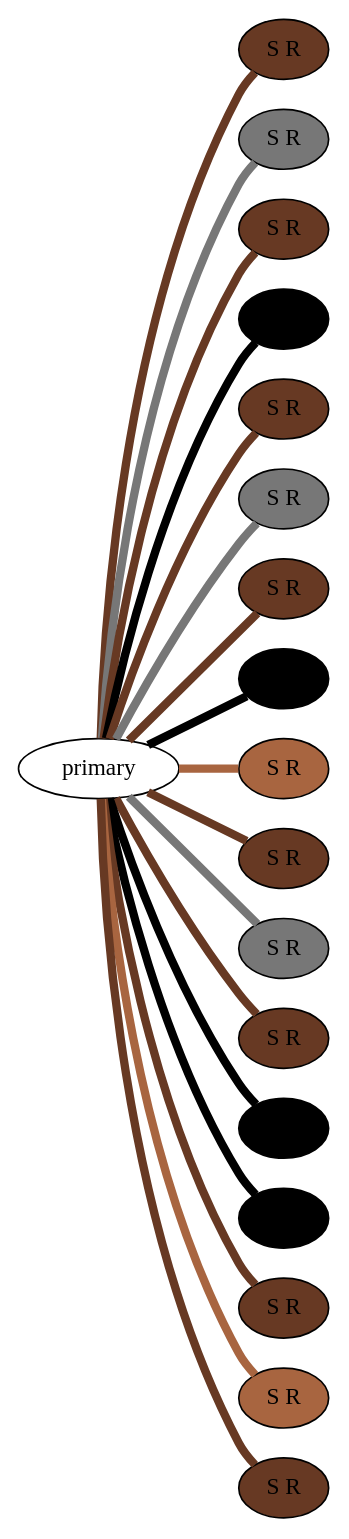
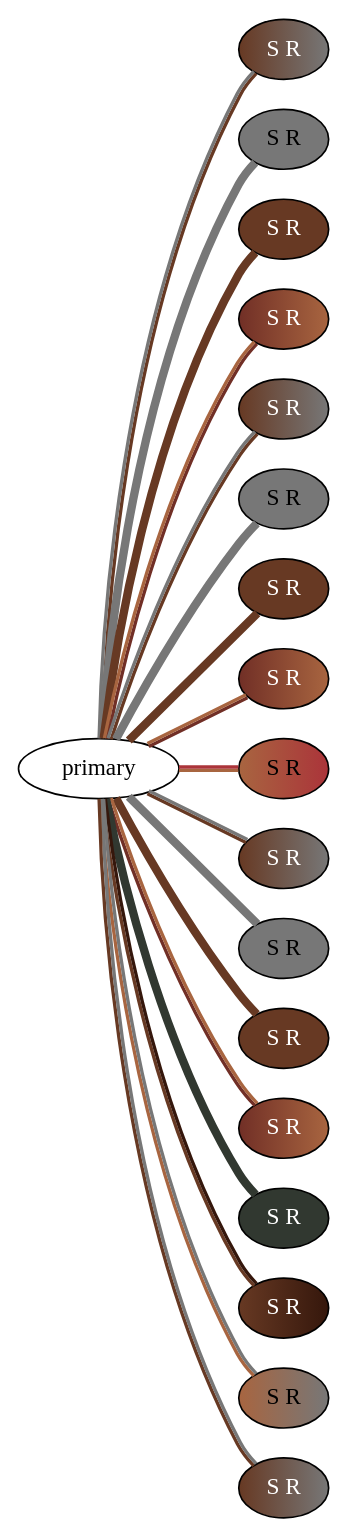
The diagram in data/more/dot/HP026.xls.dot (nebogeo/coding-with-knots), drawn with Graphviz before and after one commit. The commit also changed 40 other files, not shown here.

```diff
--- a/data/more/dot/HP026.xls.dot
+++ b/data/more/dot/HP026.xls.dot
@@ -1,37 +1,37 @@
 graph {
  graph [rankdir=LR]
-"1" [qtype="pendant_node", pendant_colors="#673923,#777777", pendant_ply="S", pendant_attach="R", pendant_length="41", label="S R", style=filled, fillcolor="#673923"]
-"primary" -- "1" [qtype="pendant_link",penwidth=5,color="#673923"]
-"2" [qtype="pendant_node", pendant_colors="#777777", pendant_ply="S", pendant_attach="R", pendant_length="33", label="S R", style=filled, fillcolor="#777777"]
+"1" [qtype="pendant_node", pendant_colors="#673923:#777777", pendant_ply="S", pendant_attach="R", pendant_length="41.0", label="S R", style=filled, fillcolor="#673923:#777777", fontcolor="#ffffff"]
+"primary" -- "1" [qtype="pendant_link",penwidth=2,color="#673923:#777777"]
+"2" [qtype="pendant_node", pendant_colors="#777777", pendant_ply="S", pendant_attach="R", pendant_length="33.0", label="S R", style=filled, fillcolor="#777777", fontcolor="#000000"]
 "primary" -- "2" [qtype="pendant_link",penwidth=5,color="#777777"]
-"3" [qtype="pendant_node", pendant_colors="#673923", pendant_ply="S", pendant_attach="R", pendant_length="14", label="S R", style=filled, fillcolor="#673923"]
+"3" [qtype="pendant_node", pendant_colors="#673923", pendant_ply="S", pendant_attach="R", pendant_length="14.0", label="S R", style=filled, fillcolor="#673923", fontcolor="#ffffff"]
 "primary" -- "3" [qtype="pendant_link",penwidth=5,color="#673923"]
-"4" [qtype="pendant_node", pendant_colors="#000000,#A86540", pendant_ply="S", pendant_attach="R", pendant_length="48", label="S R", style=filled, fillcolor="#000000"]
-"primary" -- "4" [qtype="pendant_link",penwidth=5,color="#000000"]
-"5" [qtype="pendant_node", pendant_colors="#673923,#777777", pendant_ply="S", pendant_attach="R", pendant_length="39", label="S R", style=filled, fillcolor="#673923"]
-"primary" -- "5" [qtype="pendant_link",penwidth=5,color="#673923"]
-"6" [qtype="pendant_node", pendant_colors="#777777", pendant_ply="S", pendant_attach="R", pendant_length="33", label="S R", style=filled, fillcolor="#777777"]
+"4" [qtype="pendant_node", pendant_colors="#712F26:#A86540", pendant_ply="S", pendant_attach="R", pendant_length="48.0", label="S R", style=filled, fillcolor="#712F26:#A86540", fontcolor="#ffffff"]
+"primary" -- "4" [qtype="pendant_link",penwidth=2,color="#712F26:#A86540"]
+"5" [qtype="pendant_node", pendant_colors="#673923:#777777", pendant_ply="S", pendant_attach="R", pendant_length="39.0", label="S R", style=filled, fillcolor="#673923:#777777", fontcolor="#ffffff"]
+"primary" -- "5" [qtype="pendant_link",penwidth=2,color="#673923:#777777"]
+"6" [qtype="pendant_node", pendant_colors="#777777", pendant_ply="S", pendant_attach="R", pendant_length="33.0", label="S R", style=filled, fillcolor="#777777", fontcolor="#000000"]
 "primary" -- "6" [qtype="pendant_link",penwidth=5,color="#777777"]
-"7" [qtype="pendant_node", pendant_colors="#673923", pendant_ply="S", pendant_attach="R", pendant_length="32", label="S R", style=filled, fillcolor="#673923"]
+"7" [qtype="pendant_node", pendant_colors="#673923", pendant_ply="S", pendant_attach="R", pendant_length="32.0", label="S R", style=filled, fillcolor="#673923", fontcolor="#ffffff"]
 "primary" -- "7" [qtype="pendant_link",penwidth=5,color="#673923"]
-"8" [qtype="pendant_node", pendant_colors="#000000,#A86540", pendant_ply="S", pendant_attach="R", pendant_length="38", label="S R", style=filled, fillcolor="#000000"]
-"primary" -- "8" [qtype="pendant_link",penwidth=5,color="#000000"]
-"9" [qtype="pendant_node", pendant_colors="#A86540,#AB343A", pendant_ply="S", pendant_attach="R", pendant_length="42", label="S R", style=filled, fillcolor="#A86540"]
-"primary" -- "9" [qtype="pendant_link",penwidth=5,color="#A86540"]
-"10" [qtype="pendant_node", pendant_colors="#673923,#777777", pendant_ply="S", pendant_attach="R", pendant_length="38", label="S R", style=filled, fillcolor="#673923"]
-"primary" -- "10" [qtype="pendant_link",penwidth=5,color="#673923"]
-"11" [qtype="pendant_node", pendant_colors="#777777", pendant_ply="S", pendant_attach="R", pendant_length="41", label="S R", style=filled, fillcolor="#777777"]
+"8" [qtype="pendant_node", pendant_colors="#712F26:#A86540", pendant_ply="S", pendant_attach="R", pendant_length="38.0", label="S R", style=filled, fillcolor="#712F26:#A86540", fontcolor="#ffffff"]
+"primary" -- "8" [qtype="pendant_link",penwidth=2,color="#712F26:#A86540"]
+"9" [qtype="pendant_node", pendant_colors="#A86540:#AB343A", pendant_ply="S", pendant_attach="R", pendant_length="42.0", label="S R", style=filled, fillcolor="#A86540:#AB343A", fontcolor="#000000"]
+"primary" -- "9" [qtype="pendant_link",penwidth=2,color="#A86540:#AB343A"]
+"10" [qtype="pendant_node", pendant_colors="#673923:#777777", pendant_ply="S", pendant_attach="R", pendant_length="38.0", label="S R", style=filled, fillcolor="#673923:#777777", fontcolor="#ffffff"]
+"primary" -- "10" [qtype="pendant_link",penwidth=2,color="#673923:#777777"]
+"11" [qtype="pendant_node", pendant_colors="#777777", pendant_ply="S", pendant_attach="R", pendant_length="41.0", label="S R", style=filled, fillcolor="#777777", fontcolor="#000000"]
 "primary" -- "11" [qtype="pendant_link",penwidth=5,color="#777777"]
-"12" [qtype="pendant_node", pendant_colors="#673923", pendant_ply="S", pendant_attach="R", pendant_length="23", label="S R", style=filled, fillcolor="#673923"]
+"12" [qtype="pendant_node", pendant_colors="#673923", pendant_ply="S", pendant_attach="R", pendant_length="23.0", label="S R", style=filled, fillcolor="#673923", fontcolor="#ffffff"]
 "primary" -- "12" [qtype="pendant_link",penwidth=5,color="#673923"]
-"13" [qtype="pendant_node", pendant_colors="#000000,#A86540", pendant_ply="S", pendant_attach="R", pendant_length="46", label="S R", style=filled, fillcolor="#000000"]
-"primary" -- "13" [qtype="pendant_link",penwidth=5,color="#000000"]
-"14" [qtype="pendant_node", pendant_colors="#000000", pendant_ply="S", pendant_attach="R", pendant_length="43", label="S R", style=filled, fillcolor="#000000"]
-"primary" -- "14" [qtype="pendant_link",penwidth=5,color="#000000"]
-"15" [qtype="pendant_node", pendant_colors="#673923,#35170C", pendant_ply="S", pendant_attach="R", pendant_length="51", label="S R", style=filled, fillcolor="#673923"]
-"primary" -- "15" [qtype="pendant_link",penwidth=5,color="#673923"]
-"16" [qtype="pendant_node", pendant_colors="#A86540,#777777", pendant_ply="S", pendant_attach="R", pendant_length="10", label="S R", style=filled, fillcolor="#A86540"]
-"primary" -- "16" [qtype="pendant_link",penwidth=5,color="#A86540"]
-"17" [qtype="pendant_node", pendant_colors="#673923,#777777", pendant_ply="S", pendant_attach="R", pendant_length="3", label="S R", style=filled, fillcolor="#673923"]
-"primary" -- "17" [qtype="pendant_link",penwidth=5,color="#673923"]
+"13" [qtype="pendant_node", pendant_colors="#712F26:#A86540", pendant_ply="S", pendant_attach="R", pendant_length="46.0", label="S R", style=filled, fillcolor="#712F26:#A86540", fontcolor="#ffffff"]
+"primary" -- "13" [qtype="pendant_link",penwidth=2,color="#712F26:#A86540"]
+"14" [qtype="pendant_node", pendant_colors="#313830", pendant_ply="S", pendant_attach="R", pendant_length="43.0", label="S R", style=filled, fillcolor="#313830", fontcolor="#ffffff"]
+"primary" -- "14" [qtype="pendant_link",penwidth=5,color="#313830"]
+"15" [qtype="pendant_node", pendant_colors="#673923:#35170C", pendant_ply="S", pendant_attach="R", pendant_length="51.0", label="S R", style=filled, fillcolor="#673923:#35170C", fontcolor="#ffffff"]
+"primary" -- "15" [qtype="pendant_link",penwidth=2,color="#673923:#35170C"]
+"16" [qtype="pendant_node", pendant_colors="#A86540:#777777", pendant_ply="S", pendant_attach="R", pendant_length="10.0", label="S R", style=filled, fillcolor="#A86540:#777777", fontcolor="#000000"]
+"primary" -- "16" [qtype="pendant_link",penwidth=2,color="#A86540:#777777"]
+"17" [qtype="pendant_node", pendant_colors="#673923:#777777", pendant_ply="S", pendant_attach="R", pendant_length="3.5", label="S R", style=filled, fillcolor="#673923:#777777", fontcolor="#ffffff"]
+"primary" -- "17" [qtype="pendant_link",penwidth=2,color="#673923:#777777"]
 }
```
